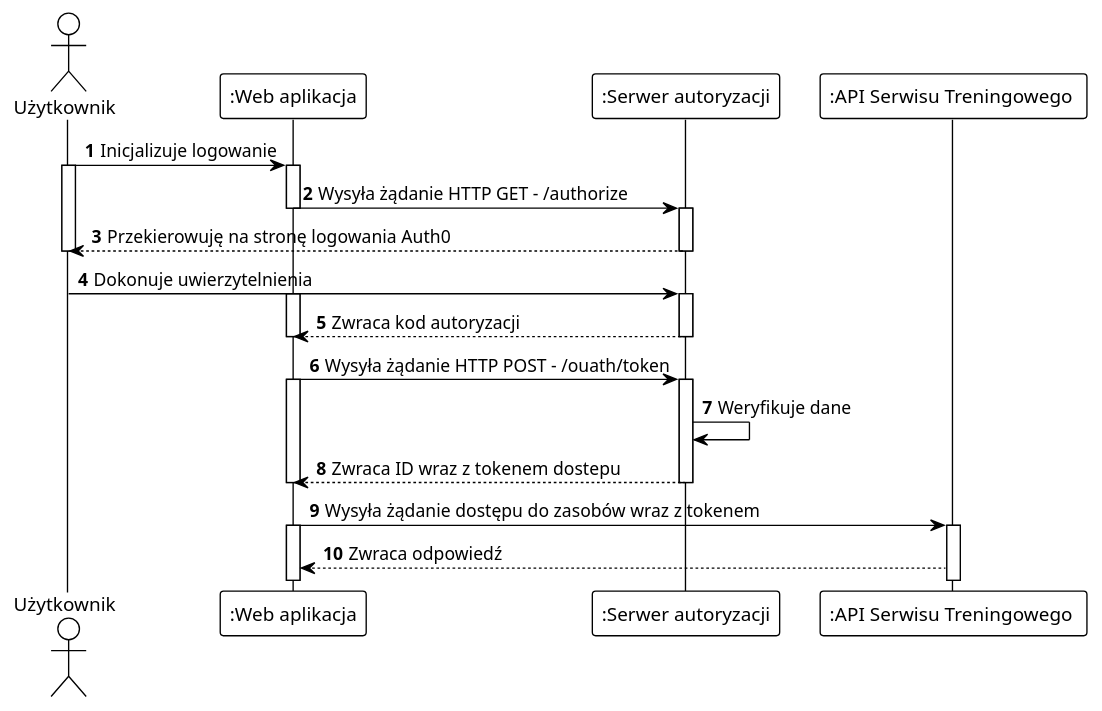
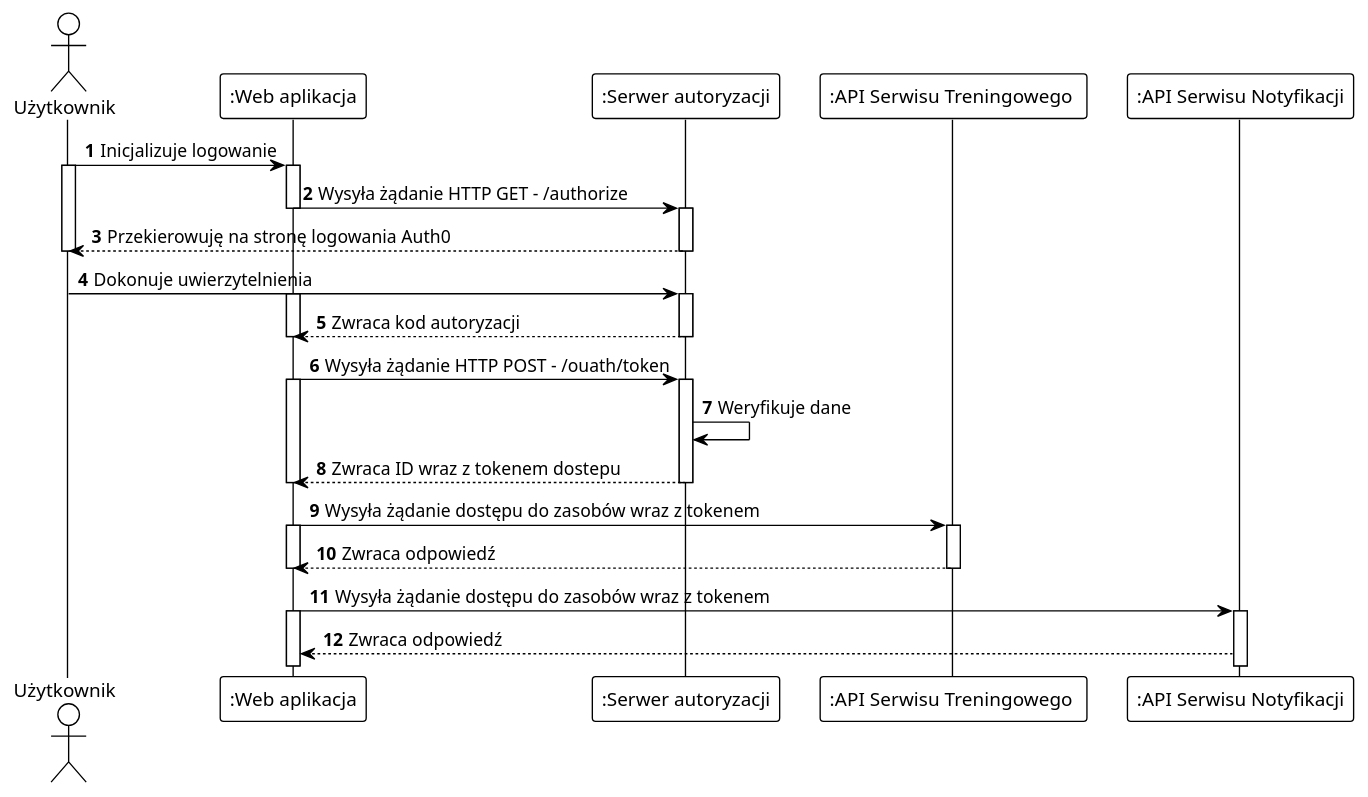
One commit to michalgosek/workout-app-infrastrcutre changed the diagram in docs/auth0/authorization.puml. Above: the diagram before and after it, drawn with PlantUML. The commit also changed 56 other files, not shown here.

```diff
--- a/docs/auth0/authorization.puml
+++ b/docs/auth0/authorization.puml
@@ -1,52 +1,59 @@
 @startuml
 'https://plantuml.com/sequence-diagram
 !theme plain
 
 autonumber
 
 actor  User as "Użytkownik"
 participant ":Web aplikacja" as SPA
 participant ":Serwer autoryzacji" as AuthServer
 participant ":API Serwisu Treningowego " as TrainingsServiceAPI
+participant ":API Serwisu Notyfikacji" as NotificationServiceAPI
 
 User -> SPA: Inicjalizuje logowanie
 activate User
 activate SPA
 
 SPA -> AuthServer: Wysyła żądanie HTTP GET - /authorize
 
 deactivate SPA
 activate AuthServer
 AuthServer --> User: Przekierowuję na stronę logowania Auth0
 deactivate User
 deactivate AuthServer
 
 User -> AuthServer: Dokonuje uwierzytelnienia
 
 activate AuthServer
 activate SPA
 AuthServer --> SPA: Zwraca kod autoryzacji
 deactivate AuthServer
 deactivate SPA
 
 
 SPA -> AuthServer: Wysyła żądanie HTTP POST - /ouath/token
 activate SPA
 activate AuthServer
 AuthServer -> AuthServer: Weryfikuje dane
 AuthServer --> SPA: Zwraca ID wraz z tokenem dostepu
 deactivate AuthServer
 deactivate SPA
 
 
 SPA -> TrainingsServiceAPI:  Wysyła żądanie dostępu do zasobów wraz z tokenem
 activate SPA
 activate TrainingsServiceAPI
 TrainingsServiceAPI --> SPA: Zwraca odpowiedź
+deactivate TrainingsServiceAPI
+deactivate SPA
 
+SPA -> NotificationServiceAPI: Wysyła żądanie dostępu do zasobów wraz z tokenem
+activate SPA
+activate NotificationServiceAPI
+NotificationServiceAPI --> SPA: Zwraca odpowiedź
 
 
 
 
 
 @enduml
```
